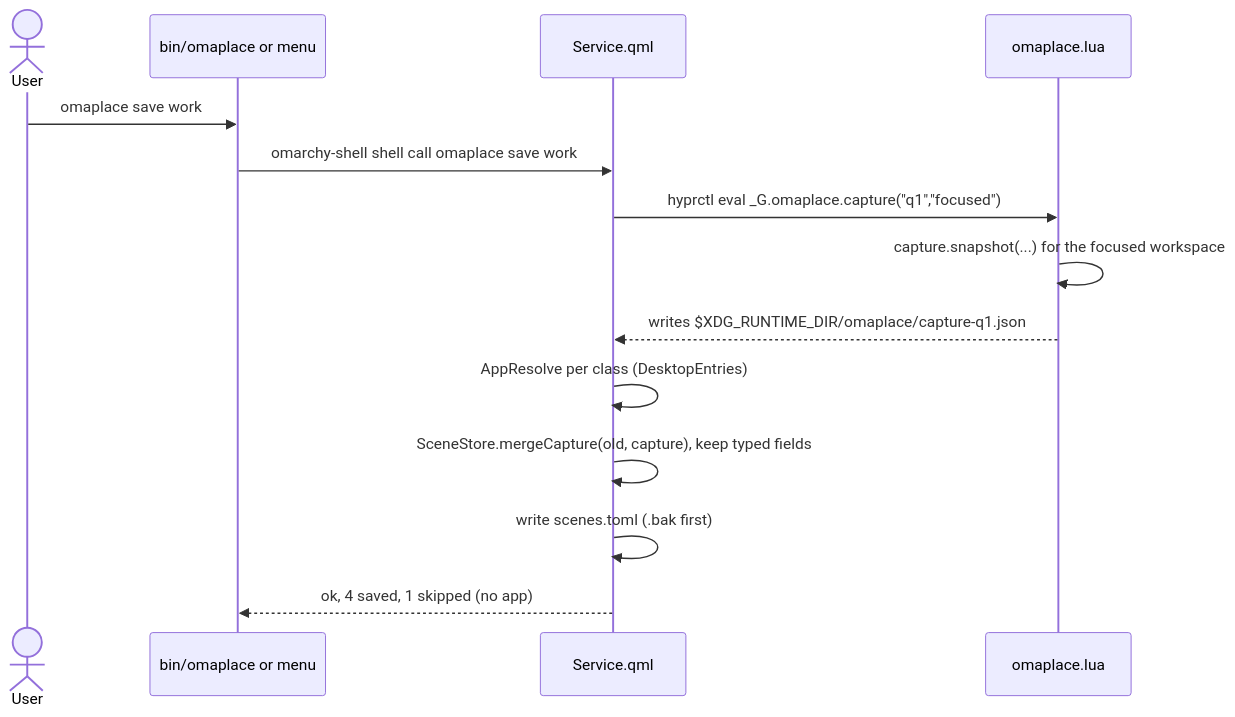
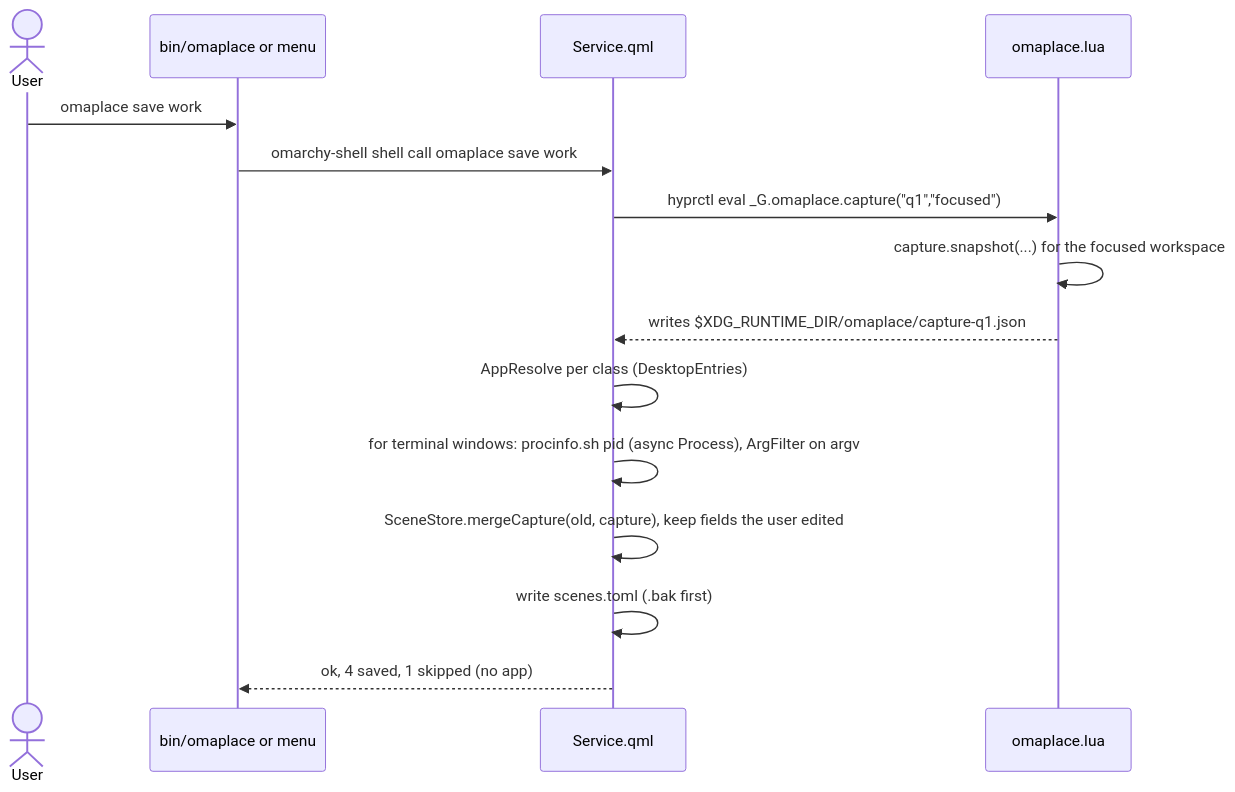
The third of 5 diagrams in docs/design.md (felipecpaiva/omaplace), drawn with Mermaid before and after one commit. The commit also changed other lines of this file and 1 other file, not shown here.

Commit message:
Design: Felipe's answers D9-D17, rules win in scenes, captured terminal folders with secret filter, app memory (F5)

````diff
--- a/docs/design.md
+++ b/docs/design.md
@@ -401,16 +418,17 @@
 ```mermaid
 sequenceDiagram
   actor U as User
   participant CLI as bin/omaplace or menu
   participant S as Service.qml
   participant G as omaplace.lua
   U->>CLI: omaplace save work
   CLI->>S: omarchy-shell shell call omaplace save work
   S->>G: hyprctl eval _G.omaplace.capture("q1","focused")
   G->>G: capture.snapshot(...) for the focused workspace
   G-->>S: writes $XDG_RUNTIME_DIR/omaplace/capture-q1.json
   S->>S: AppResolve per class (DesktopEntries)
-  S->>S: SceneStore.mergeCapture(old, capture), keep typed fields
+  S->>S: for terminal windows: procinfo.sh pid (async Process), ArgFilter on argv
+  S->>S: SceneStore.mergeCapture(old, capture), keep fields the user edited
   S->>S: write scenes.toml (.bak first)
   S-->>CLI: ok, 4 saved, 1 skipped (no app)
 ```
````
